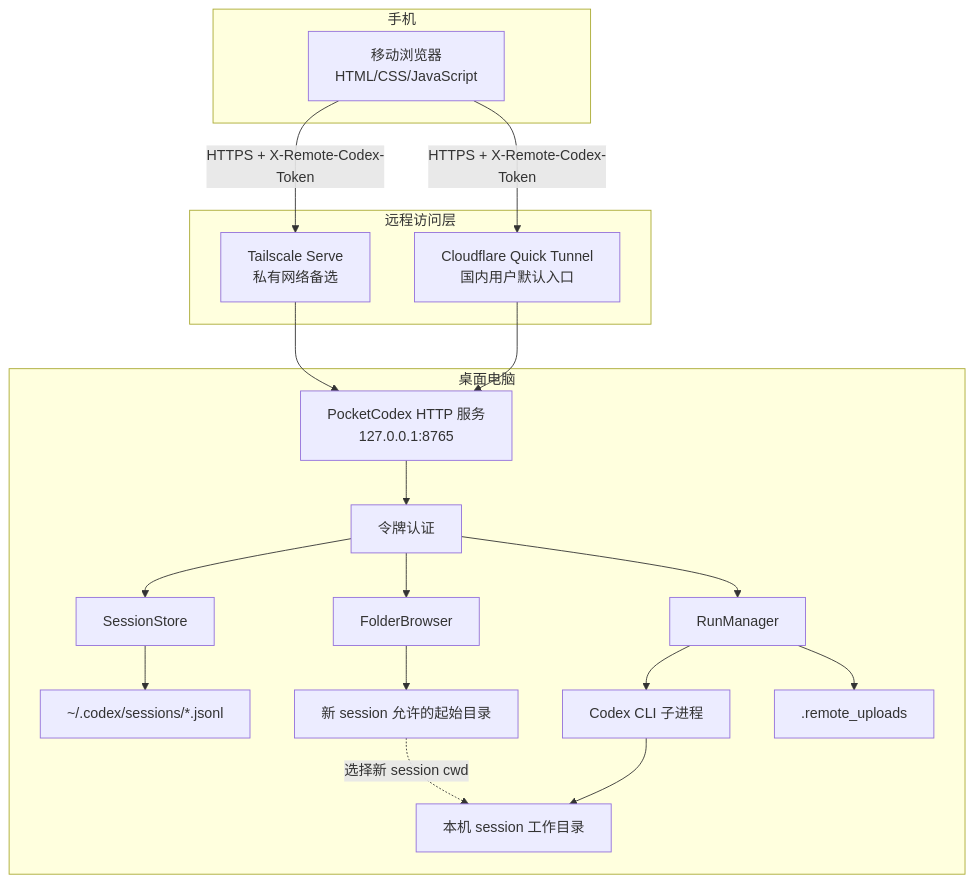
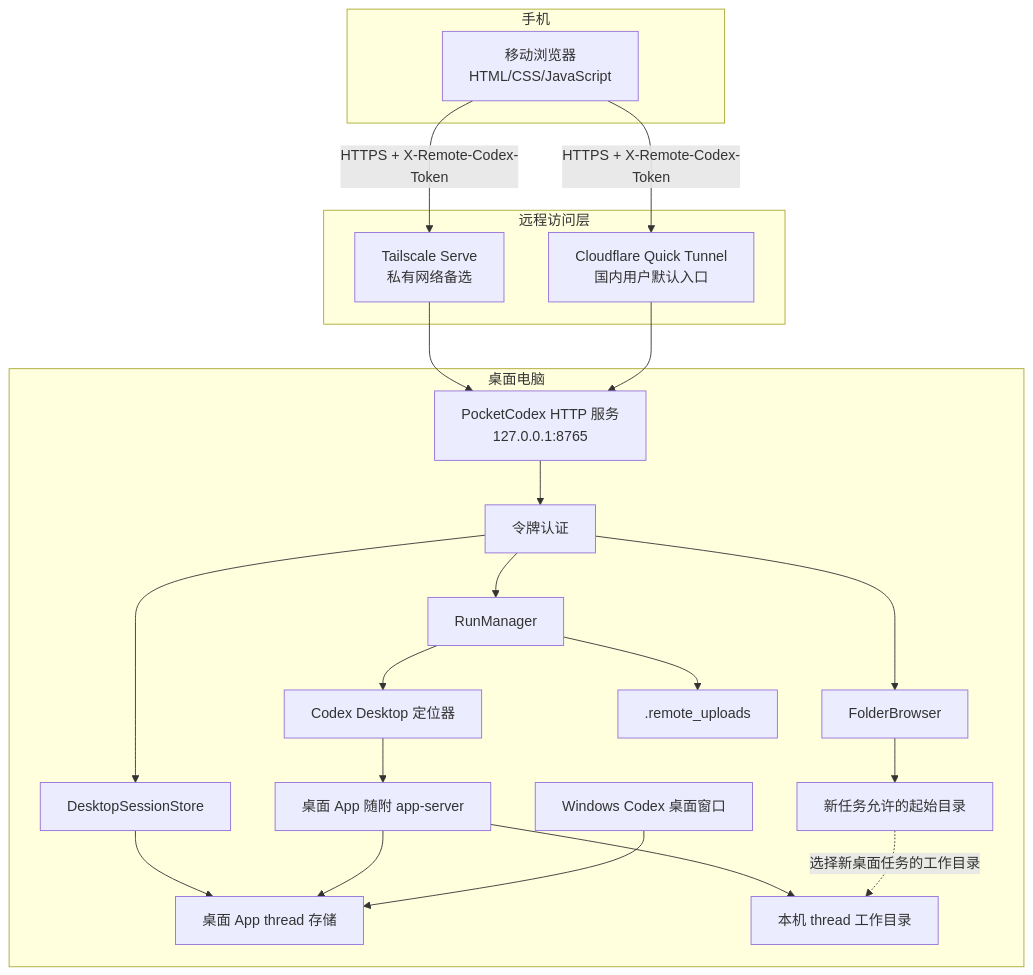
Before and after one commit to wanlixing-dream/Pocket-Codex: the first of 4 diagrams in docs/ARCHITECTURE.md, drawn with Mermaid. The commit also changed other lines of this file and 9 other files, not shown here.

````diff
--- a/docs/ARCHITECTURE.md
+++ b/docs/ARCHITECTURE.md
@@ -11,39 +11,44 @@
 ```mermaid
 flowchart TB
     subgraph Mobile[手机]
         Browser[移动浏览器<br/>HTML/CSS/JavaScript]
     end
 
     subgraph Network[远程访问层]
         Cloudflare[Cloudflare Quick Tunnel<br/>国内用户默认入口]
         Tailscale[Tailscale Serve<br/>私有网络备选]
     end
 
     subgraph Desktop[桌面电脑]
         HTTP[PocketCodex HTTP 服务<br/>127.0.0.1:8765]
         Auth[令牌认证]
-        SessionStore[SessionStore]
+        SessionStore[DesktopSessionStore]
         FolderBrowser[FolderBrowser]
         RunManager[RunManager]
-        SessionFiles[~/.codex/sessions/*.jsonl]
-        Roots[新 session 允许的起始目录]
-        Workspaces[本机 session 工作目录]
-        Codex[Codex CLI 子进程]
+        SessionFiles[桌面 App thread 存储]
+        Roots[新任务允许的起始目录]
+        Workspaces[本机 thread 工作目录]
+        Locator[Codex Desktop 定位器]
+        AppServer[桌面 App 随附 app-server]
+        DesktopApp[Windows Codex 桌面窗口]
         Uploads[.remote_uploads]
     end
 
     Browser -->|HTTPS + X-Remote-Codex-Token| Tailscale
     Browser -->|HTTPS + X-Remote-Codex-Token| Cloudflare
     Tailscale --> HTTP
     Cloudflare --> HTTP
     HTTP --> Auth
     Auth --> SessionStore
     Auth --> FolderBrowser
     Auth --> RunManager
     SessionStore --> SessionFiles
     FolderBrowser --> Roots
-    RunManager --> Codex
+    RunManager --> Locator
+    Locator --> AppServer
+    AppServer --> SessionFiles
+    DesktopApp --> SessionFiles
     RunManager --> Uploads
-    Codex --> Workspaces
-    Roots -.选择新 session cwd.-> Workspaces
+    AppServer --> Workspaces
+    Roots -.选择新桌面任务的工作目录.-> Workspaces
 ```
````
